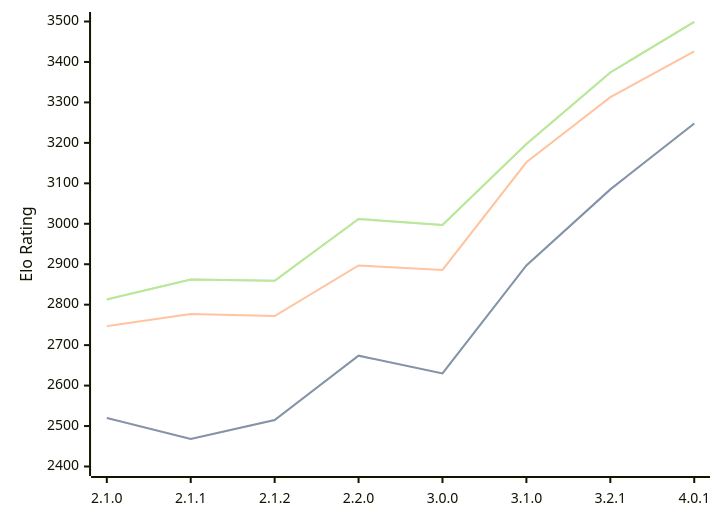
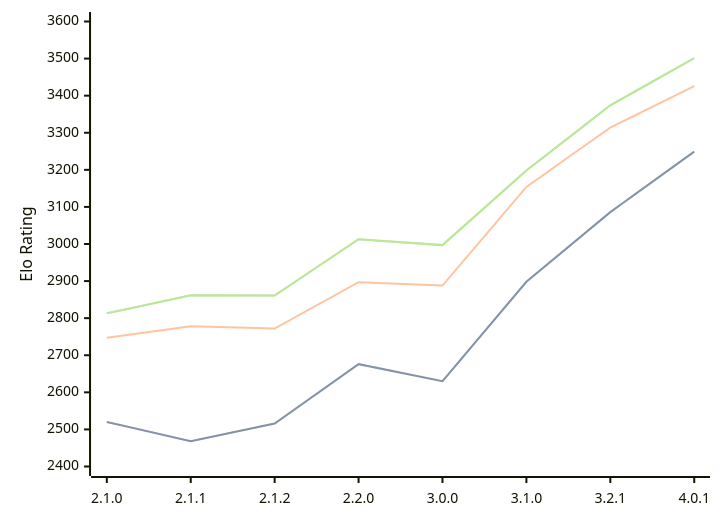
One commit to computer-chess-index/cci changed the diagram in engines/Prune.md. Above: the diagram before and after it, drawn with Mermaid. The commit also changed other lines of this file, not shown here.

Commit message:
Update CCI Ratings (ELO VLTC) - 2026-07-31

````diff
--- a/engines/Prune.md
+++ b/engines/Prune.md
@@ -44,11 +44,11 @@
 ```mermaid
 %%{init: {"theme":"base","themeVariables":{"seriesColors:['#a3a3a3','#222221','#faa371']}}}%%
 xychart-beta
   x-axis ["2.1.0", "2.1.1", "2.1.2", "2.2.0", "3.0.0", "3.1.0", "3.2.1", "4.0.1"]
-  y-axis "Elo Rating" 2400 --> 3500
-  line "STC (8.0+0.08s)" [2520, 2468, 2515, 2674, 2630, 2897, 3085, 3248]
-  line "STC (8.0+0.08s)" [2520, 2468, 2515, 2674, 2630, 2897, 3085, 3248]
-  line "LTC (60.0+0.60s)" [2747, 2777, 2772, 2897, 2886, 3152, 3313, 3426]
-  line "VLTC (2m24s+1.12s)" [2813, 2862, 2859, 3012, 2997, 3197, 3374, 3499]
-  line "VLTC (2m24s+1.12s)" [2813, 2862, 2859, 3012, 2997, 3197, 3374, 3499]
+  y-axis "Elo Rating" 2400 --> 3600
+  line "STC (8.0+0.08s)" [2520, 2468, 2516, 2676, 2630, 2898, 3086, 3249]
+  line "STC (8.0+0.08s)" [2520, 2468, 2516, 2676, 2630, 2898, 3086, 3249]
+  line "LTC (60.0+0.60s)" [2747, 2778, 2772, 2897, 2888, 3154, 3314, 3426]
+  line "VLTC (2m24s+1.12s)" [2813, 2862, 2861, 3013, 2997, 3198, 3374, 3501]
+  line "VLTC (2m24s+1.12s)" [2813, 2862, 2861, 3013, 2997, 3198, 3374, 3501]
 ```
````
